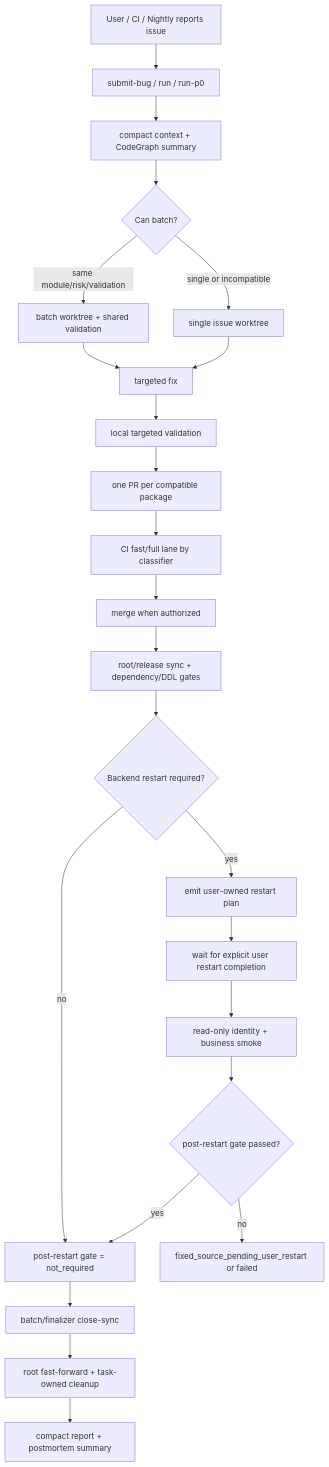
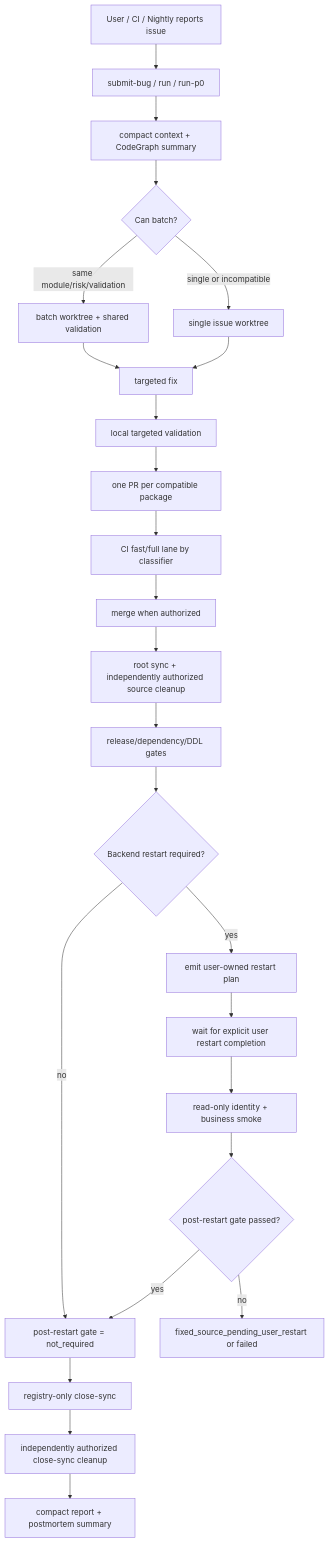
One commit to licong01-cloud/AIstock changed the diagram in docs/architecture/aistock_issue_workflow_efficiency_case_optimization_design_v2_4_20260604.md. Above: the diagram before and after it, drawn with Mermaid. The commit also changed other lines of this file, not shown here.

Commit message:
docs(workflow): close v2.5 design review gaps

````diff
--- a/docs/architecture/aistock_issue_workflow_efficiency_case_optimization_design_v2_4_20260604.md
+++ b/docs/architecture/aistock_issue_workflow_efficiency_case_optimization_design_v2_4_20260604.md
@@ -65,26 +65,27 @@
 ```mermaid
 flowchart TD
   A["User / CI / Nightly reports issue"] --> B["submit-bug / run / run-p0"]
   B --> C["compact context + CodeGraph summary"]
   C --> D{"Can batch?"}
   D -->|"same module/risk/validation"| E["batch worktree + shared validation"]
   D -->|"single or incompatible"| F["single issue worktree"]
   E --> G["targeted fix"]
   F --> G
   G --> H["local targeted validation"]
   H --> I["one PR per compatible package"]
   I --> J["CI fast/full lane by classifier"]
   J --> K["merge when authorized"]
-  K --> L["root/release sync + dependency/DDL gates"]
+  K --> W["root sync + independently authorized source cleanup"]
+  W --> L["release/dependency/DDL gates"]
   L --> O{"Backend restart required?"}
   O -->|"no"| P["post-restart gate = not_required"]
   O -->|"yes"| Q["emit user-owned restart plan"]
   Q --> R["wait for explicit user restart completion"]
   R --> S["read-only identity + business smoke"]
   S --> T{"post-restart gate passed?"}
   T -->|"no"| U["fixed_source_pending_user_restart or failed"]
   T -->|"yes"| P
-  P --> V["batch/finalizer close-sync"]
-  V --> M["root fast-forward + task-owned cleanup"]
+  P --> V["registry-only close-sync"]
+  V --> M["independently authorized close-sync cleanup"]
   M --> N["compact report + postmortem summary"]
 ```
````
